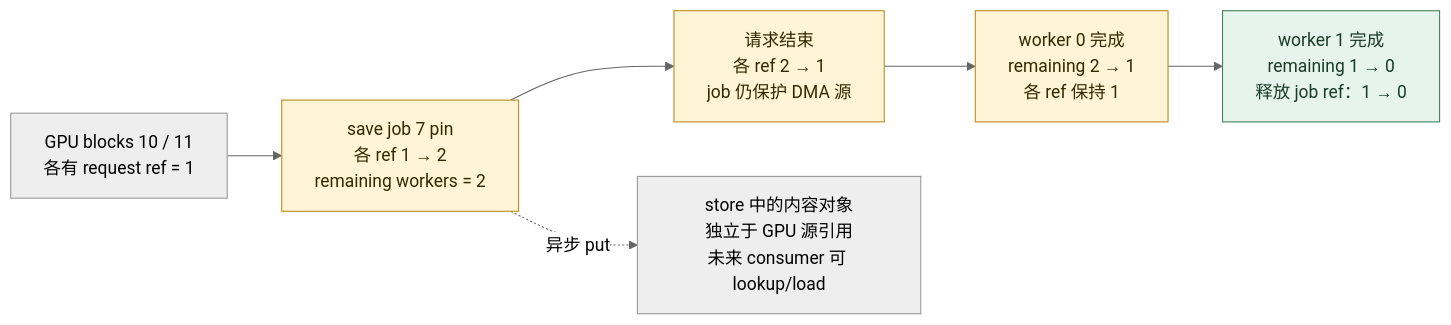
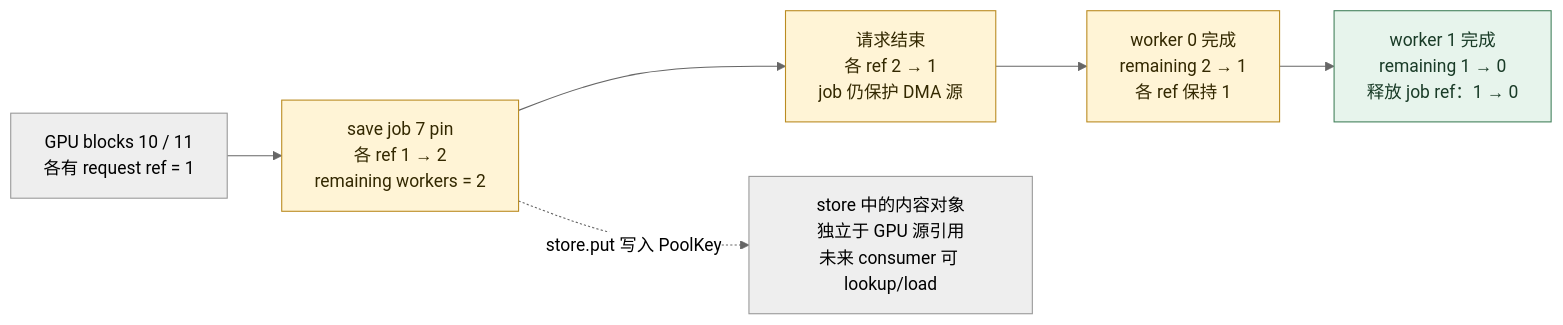
One commit to suhaibo666/llm-knowledge changed the fifth of 5 diagrams in wiki/02_engineering/03_infer_frameworks/vllm/22_vllm_disaggregated_kv_serving_analysis.md. Above: the diagram before and after it, drawn with Mermaid (neutral theme). The commit also changed other lines of this file and 89 other files, not shown here.

````diff
--- a/wiki/02_engineering/03_infer_frameworks/vllm/22_vllm_disaggregated_kv_serving_analysis.md
+++ b/wiki/02_engineering/03_infer_frameworks/vllm/22_vllm_disaggregated_kv_serving_analysis.md
@@ -184,15 +542,15 @@
 ```mermaid
 flowchart LR
   A["GPU blocks 10 / 11<br/>各有 request ref = 1"]
   B["save job 7 pin<br/>各 ref 1 → 2<br/>remaining workers = 2"]
   C["请求结束<br/>各 ref 2 → 1<br/>job 仍保护 DMA 源"]
   D["worker 0 完成<br/>remaining 2 → 1<br/>各 ref 保持 1"]
   E["worker 1 完成<br/>remaining 1 → 0<br/>释放 job ref：1 → 0"]
   O["store 中的内容对象<br/>独立于 GPU 源引用<br/>未来 consumer 可 lookup/load"]
   A --> B --> C --> D --> E
-  B -.->|异步 put| O
+  B -.->|store.put 写入 PoolKey| O
   classDef held fill:#fff4d6,stroke:#ba8b21,color:#332800;
   classDef free fill:#e7f4ec,stroke:#43815c,color:#193b27;
   class B,C,D held;
   class E free;
 ```
````
